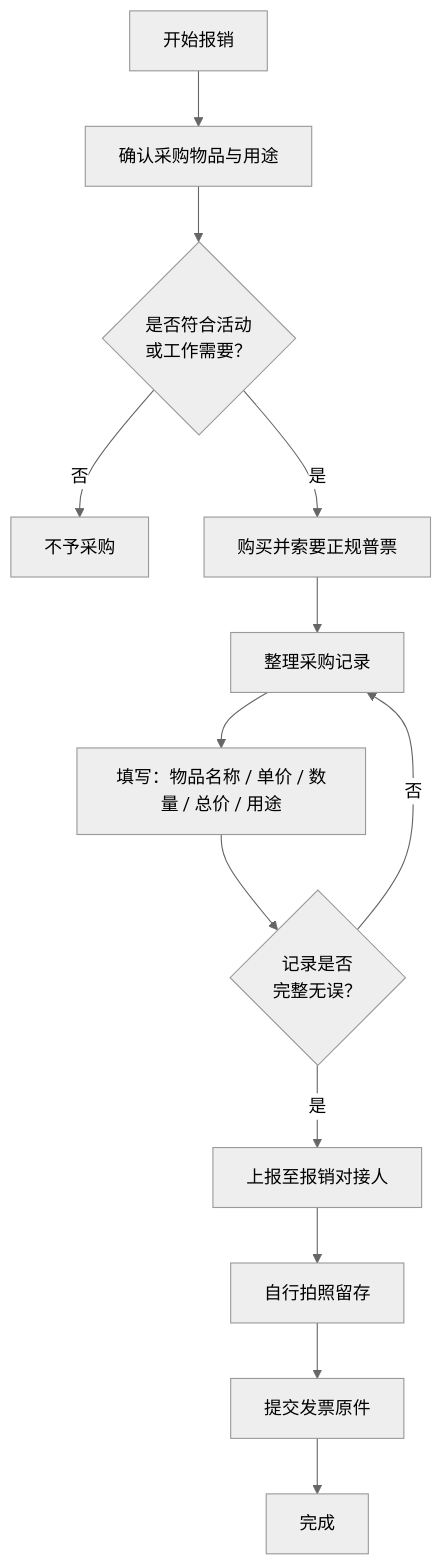
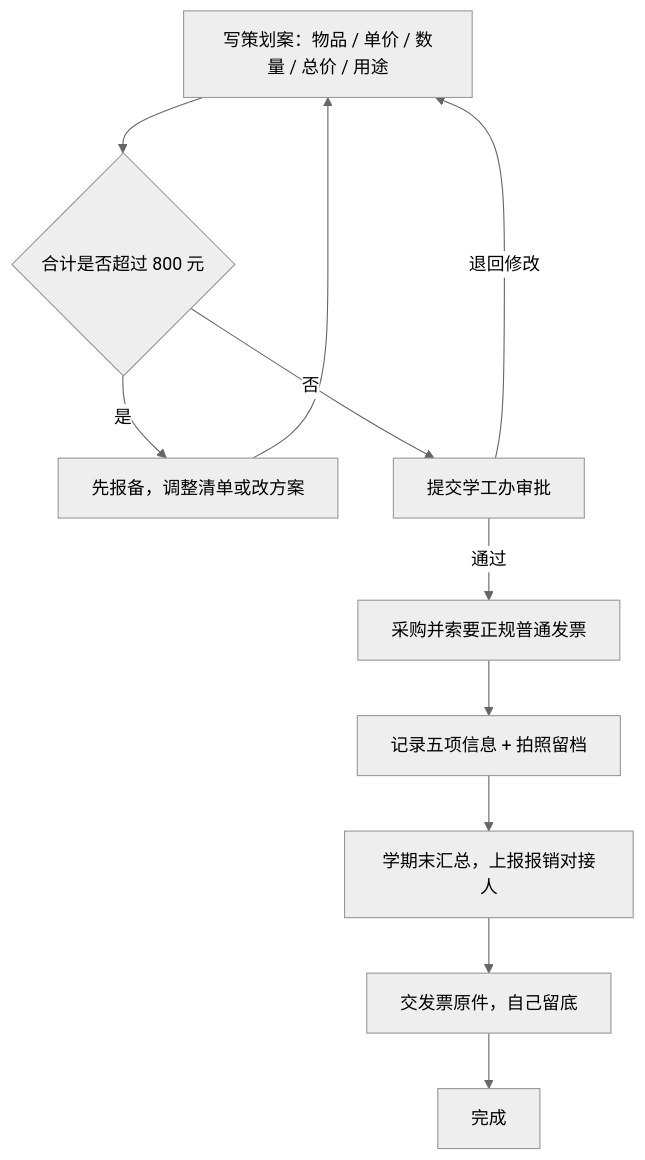
One commit to nbtca/documents changed the diagram in process/2025/reimbursement-process.md. Above: the diagram before and after it, drawn with Mermaid (neutral theme). The commit also changed other lines of this file, not shown here.

````diff
--- a/process/2025/reimbursement-process.md
+++ b/process/2025/reimbursement-process.md
@@ -14,15 +16,13 @@
 ```mermaid
 flowchart TD
-    A[开始报销] --> B[确认采购物品与用途]
-    B --> C{是否符合活动<br>或工作需要？}
-    C -->|否| D[不予采购]
-    C -->|是| E[购买并索要正规普票]
-    E --> F[整理采购记录]
-    F --> G[填写：物品名称 / 单价 / 数量 / 总价 / 用途]
-    G --> H{记录是否<br>完整无误？}
-    H -->|否| F
-    H -->|是| I[上报至报销对接人]
-    I --> J[自行拍照留存]
-    J --> K[提交发票原件]
-    K --> L[完成]
+    A[写策划案：物品 / 单价 / 数量 / 总价 / 用途] --> B{合计是否超过 800 元}
+    B -->|是| B1[先报备，调整清单或改方案]
+    B1 --> A
+    B -->|否| C[提交学工办审批]
+    C -->|退回修改| A
+    C -->|通过| D[采购并索要正规普通发票]
+    D --> E[记录五项信息 + 拍照留档]
+    E --> F[学期末汇总，上报报销对接人]
+    F --> G[交发票原件，自己留底]
+    G --> H[完成]
 ```
````
